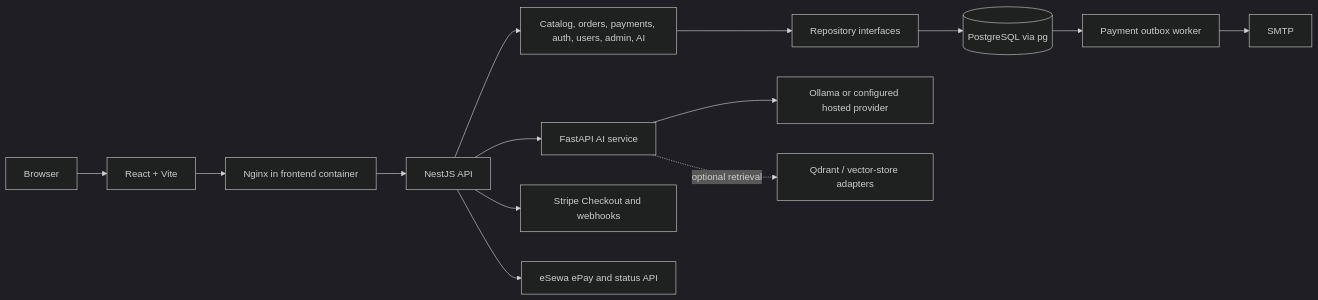
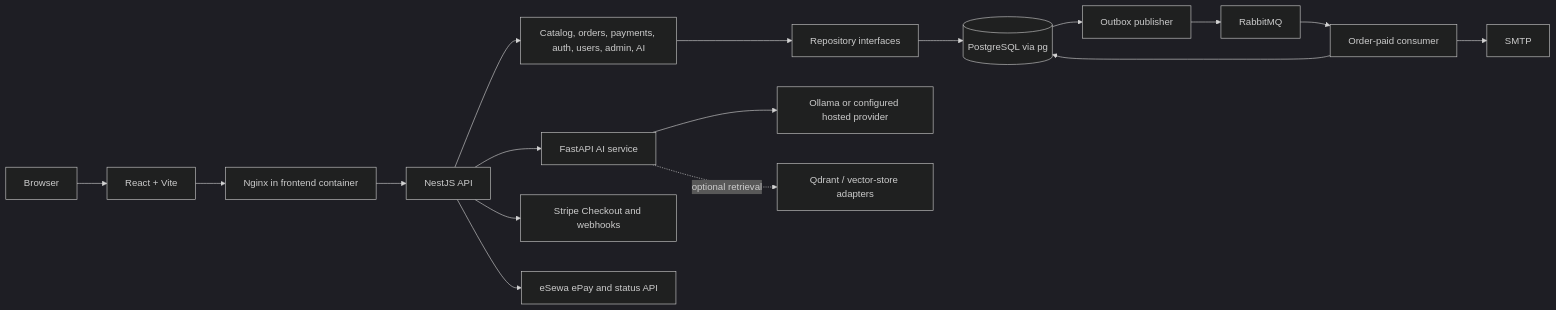
One commit to iamsujanstha/ai-codebase-architect changed the diagram in ARCHITECTURE.md. Above: the diagram before and after it, drawn with Mermaid (dark theme). The commit also changed other lines of this file and 37 other files, not shown here.

Commit message:
feat: integrate rabbitmq messaging and transactional outbox event publisher

````diff
--- a/ARCHITECTURE.md
+++ b/ARCHITECTURE.md
@@ -7,16 +7,19 @@
 ```mermaid
 flowchart LR
     User[Browser] --> UI[React + Vite]
     UI --> Proxy[Nginx in frontend container]
     Proxy --> API[NestJS API]
     API --> Modules[Catalog, orders, payments, auth, users, admin, AI]
     Modules --> Repos[Repository interfaces]
     Repos --> PG[(PostgreSQL via pg)]
     API --> AI[FastAPI AI service]
     AI --> Provider[Ollama or configured hosted provider]
     AI -. optional retrieval .-> Retrieval[Qdrant / vector-store adapters]
     API --> Stripe[Stripe Checkout and webhooks]
     API --> Esewa[eSewa ePay and status API]
-    PG --> Outbox[Payment outbox worker]
-    Outbox --> Mail[SMTP]
+    PG --> Outbox[Outbox publisher]
+    Outbox --> Rabbit[RabbitMQ]
+    Rabbit --> Consumer[Order-paid consumer]
+    Consumer --> PG
+    Consumer --> Mail[SMTP]
 ```
````
